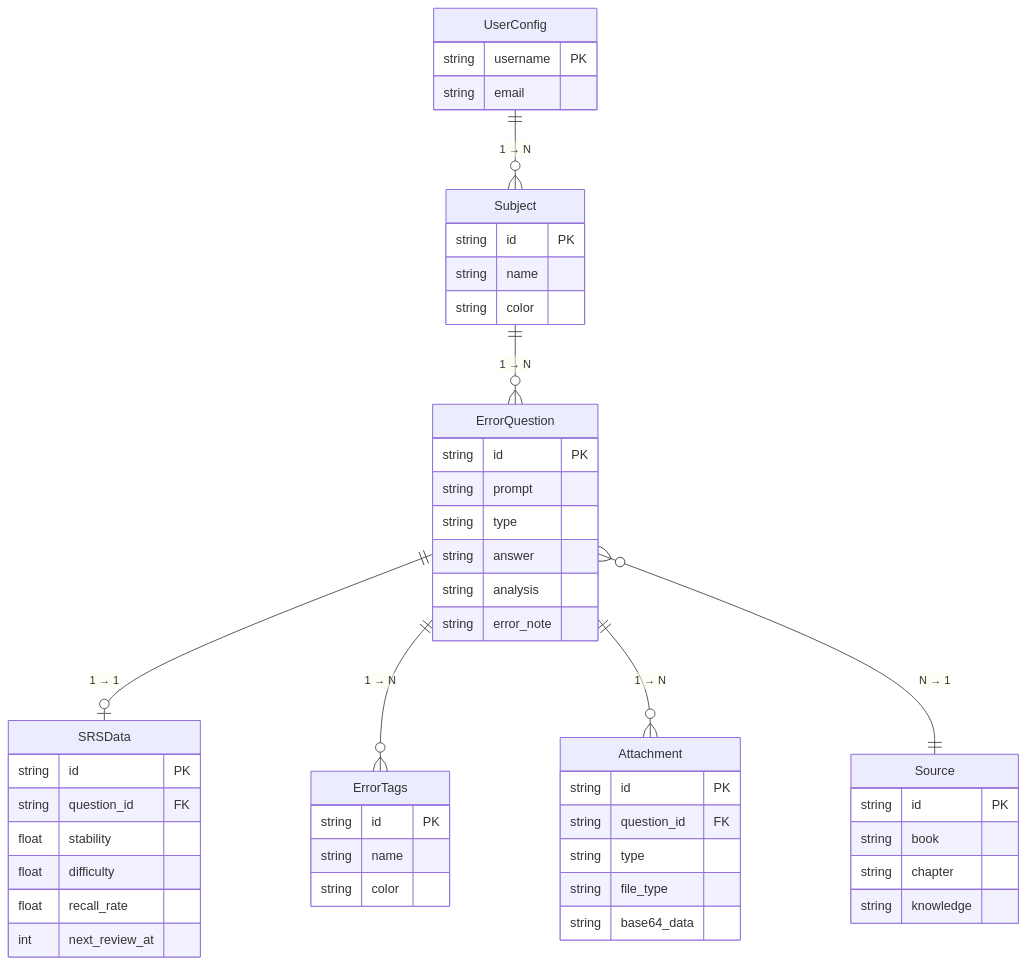
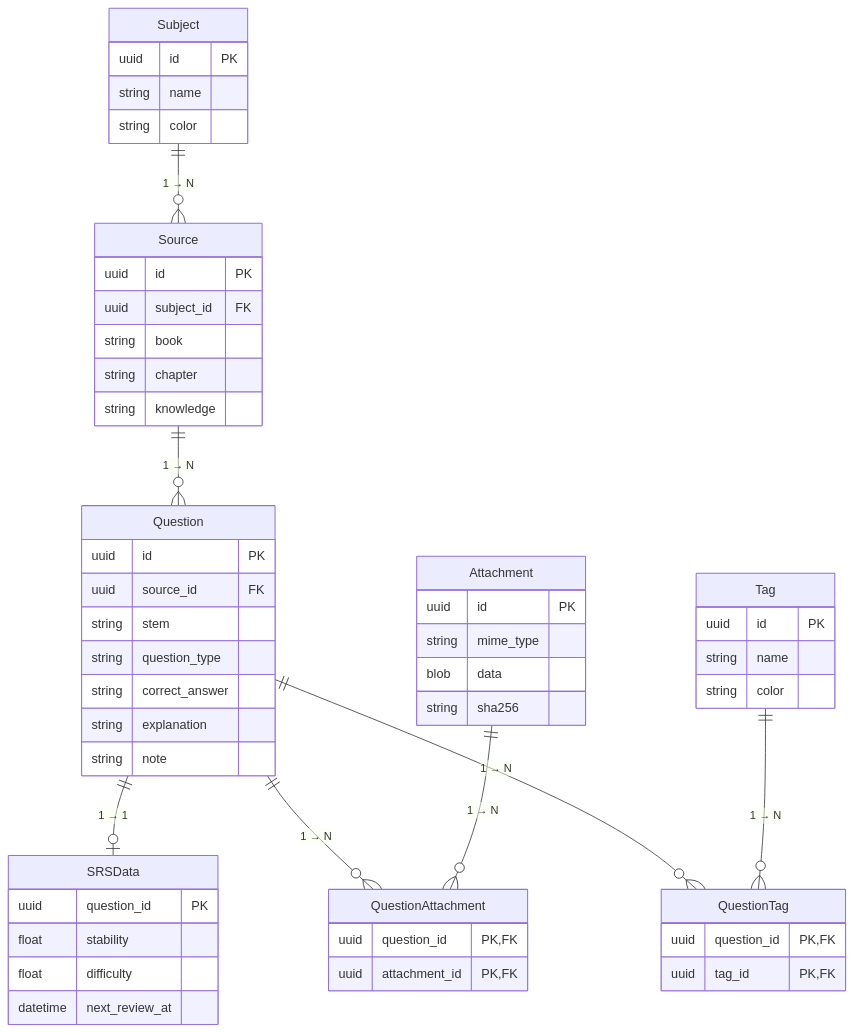
The fifth of 5 diagrams in docs/ARCHITECTURE.md (zpb911km/SmartErrorNotebook), drawn with Mermaid before and after one commit. The commit also changed other lines of this file and 154 other files, not shown here.

````diff
--- a/docs/ARCHITECTURE.md
+++ b/docs/ARCHITECTURE.md
@@ -352,53 +326,57 @@
 ```mermaid
 erDiagram
-    UserConfig ||--o{ Subject : "1 → N"
-    Subject ||--o{ ErrorQuestion : "1 → N"
-    ErrorQuestion ||--o| SRSData : "1 → 1"
-    ErrorQuestion ||--o{ ErrorTags : "1 → N"
-    ErrorQuestion ||--o{ Attachment : "1 → N"
-    ErrorQuestion }o--|| Source : "N → 1"
+    Subject ||--o{ Source : "1 → N"
+    Source ||--o{ Question : "1 → N"
+    Question ||--o| SRSData : "1 → 1"
+    Question ||--o{ QuestionAttachment : "1 → N"
+    Attachment ||--o{ QuestionAttachment : "1 → N"
+    Question ||--o{ QuestionTag : "1 → N"
+    Tag ||--o{ QuestionTag : "1 → N"
 
-    UserConfig {
-        string username PK
-        string email
-    }
     Subject {
-        string id PK
+        uuid id PK
         string name
         string color
     }
-    ErrorQuestion {
-        string id PK
-        string prompt
-        string type
-        string answer
-        string analysis
-        string error_note
-    }
     Source {
-        string id PK
+        uuid id PK
+        uuid subject_id FK
         string book
         string chapter
         string knowledge
     }
+    Question {
+        uuid id PK
+        uuid source_id FK
+        string stem
+        string question_type
+        string correct_answer
+        string explanation
+        string note
+    }
     SRSData {
-        string id PK
-        string question_id FK
+        uuid question_id PK
         float stability
         float difficulty
-        float recall_rate
-        int next_review_at
+        datetime next_review_at
     }
-    ErrorTags {
-        string id PK
+    Tag {
+        uuid id PK
         string name
         string color
     }
     Attachment {
-        string id PK
-        string question_id FK
-        string type
-        string file_type
-        string base64_data
+        uuid id PK
+        string mime_type
+        blob data
+        string sha256
+    }
+    QuestionAttachment {
+        uuid question_id PK,FK
+        uuid attachment_id PK,FK
+    }
+    QuestionTag {
+        uuid question_id PK,FK
+        uuid tag_id PK,FK
     }
 ```
````
